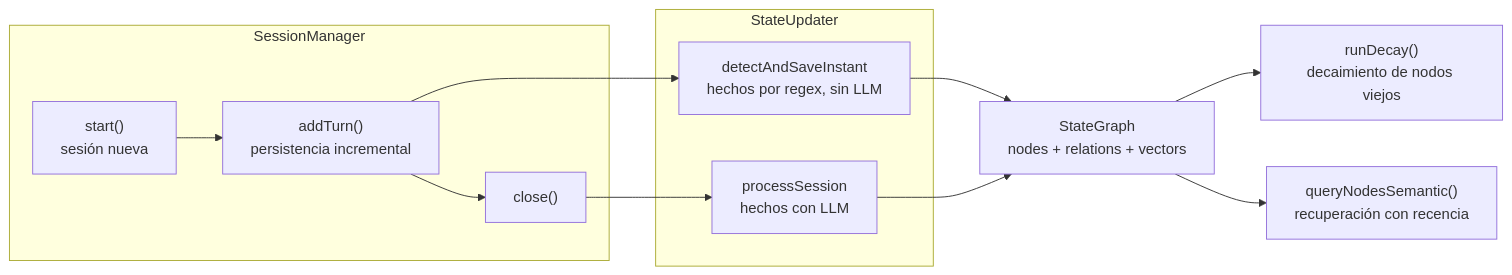
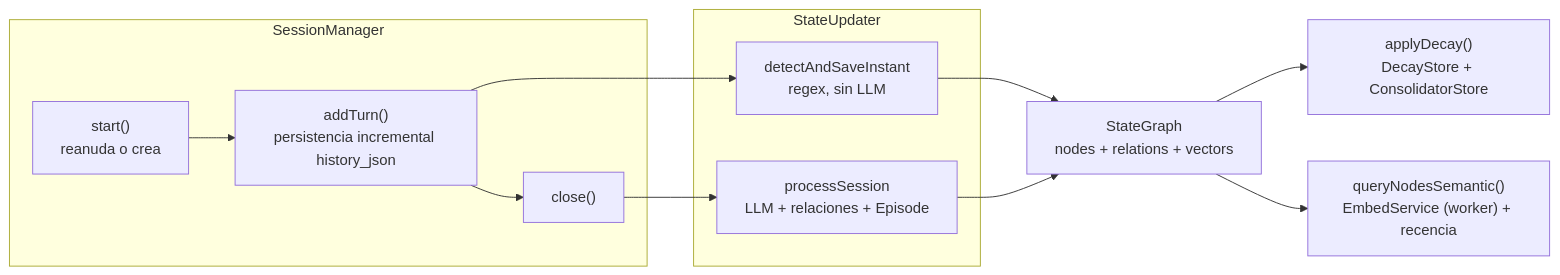
One commit to Dregxmoon/Kaoru-Agent changed the diagram in core/state-graph/README.md. Above: the diagram before and after it, drawn with Mermaid. The commit also changed other lines of this file and 61 other files, not shown here.

First line of the commit message:
feat(proactive): fin de bloque por borde, registro adaptativo, hilo relacional y silencio con causa

````diff
--- a/core/state-graph/README.md
+++ b/core/state-graph/README.md
@@ -77,23 +107,23 @@
 ```mermaid
 flowchart LR
     subgraph SES["SessionManager"]
-        START["start()<br/>sesión nueva"]
-        TURN["addTurn()<br/>persistencia incremental"]
+        START["start()<br/>reanuda o crea"]
+        TURN["addTurn()<br/>persistencia incremental history_json"]
         CLOSE["close()"]
     end
     subgraph UPD["StateUpdater"]
-        INSTANT["detectAndSaveInstant<br/>hechos por regex, sin LLM"]
-        PROCESS["processSession<br/>hechos con LLM"]
+        INSTANT["detectAndSaveInstant<br/>regex, sin LLM"]
+        PROCESS["processSession<br/>LLM + relaciones + Episode"]
     end
     GRAPH["StateGraph<br/>nodes + relations + vectors"]
-    DECAY["runDecay()<br/>decaimiento de nodos viejos"]
-    Q["queryNodesSemantic()<br/>recuperación con recencia"]
+    DECAY["applyDecay()<br/>DecayStore + ConsolidatorStore"]
+    Q["queryNodesSemantic()<br/>EmbedService (worker) + recencia"]
 
     START --> TURN --> CLOSE
     CLOSE --> PROCESS
     TURN --> INSTANT
     INSTANT --> GRAPH
     PROCESS --> GRAPH
     GRAPH --> DECAY
     GRAPH --> Q
 ```
````
